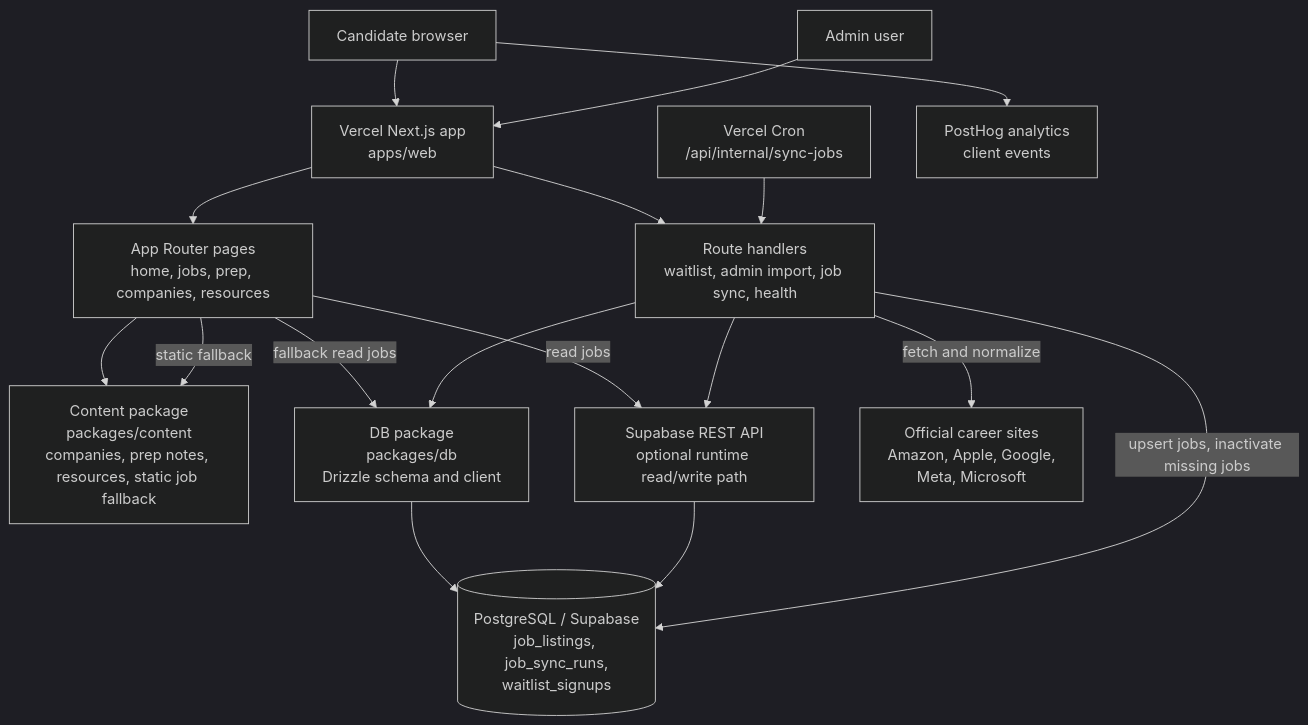
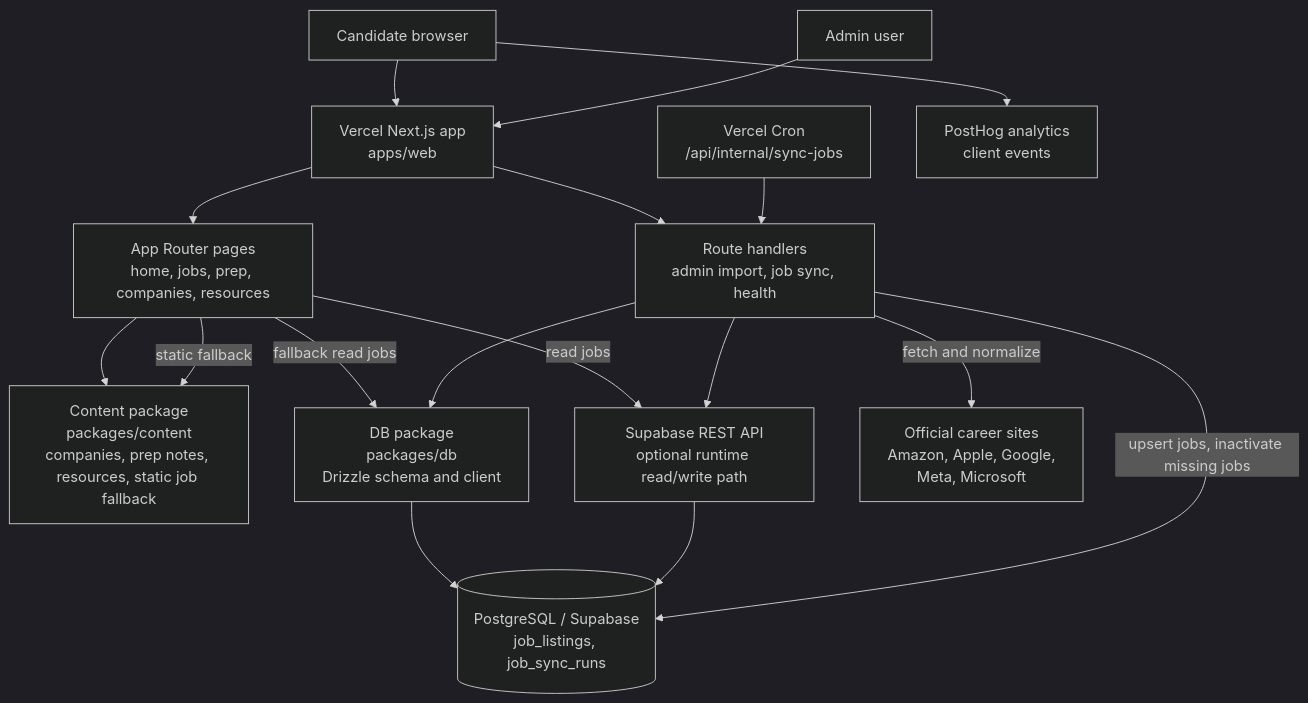
The diagram in docs/architecture.md (troytrojan01/big-five-career-hub), drawn with Mermaid (dark theme) before and after one commit. The commit also changed other lines of this file and 8 other files, not shown here.

````diff
--- a/docs/architecture.md
+++ b/docs/architecture.md
@@ -5,32 +5,32 @@
 ```mermaid
 flowchart TB
   candidate[Candidate browser]
   admin[Admin user]
   vercel[Vercel Next.js app<br/>apps/web]
   pages[App Router pages<br/>home, jobs, prep, companies, resources]
-  api[Route handlers<br/>waitlist, admin import, job sync, health]
+  api[Route handlers<br/>admin import, job sync, health]
   content[Content package<br/>packages/content<br/>companies, prep notes, resources, static job fallback]
   dbpkg[DB package<br/>packages/db<br/>Drizzle schema and client]
-  postgres[(PostgreSQL / Supabase<br/>job_listings, job_sync_runs,<br/>waitlist_signups)]
+  postgres[(PostgreSQL / Supabase<br/>job_listings, job_sync_runs)]
   supabase[Supabase REST API<br/>optional runtime read/write path]
   official[Official career sites<br/>Amazon, Apple, Google,<br/>Meta, Microsoft]
   cron[Vercel Cron<br/>/api/internal/sync-jobs]
   posthog[PostHog analytics<br/>client events]
 
   candidate --> vercel
   admin --> vercel
   vercel --> pages
   vercel --> api
   pages --> content
   pages -->|read jobs| supabase
   pages -->|fallback read jobs| dbpkg
   pages -->|static fallback| content
   api --> dbpkg
   api --> supabase
   dbpkg --> postgres
   supabase --> postgres
   cron --> api
   api -->|fetch and normalize| official
   api -->|upsert jobs, inactivate missing jobs| postgres
   candidate --> posthog
 ```
````
